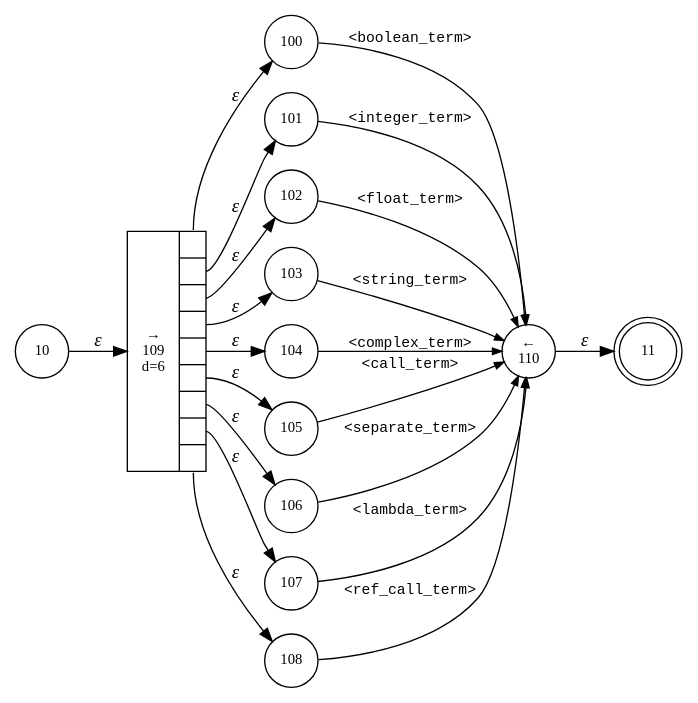
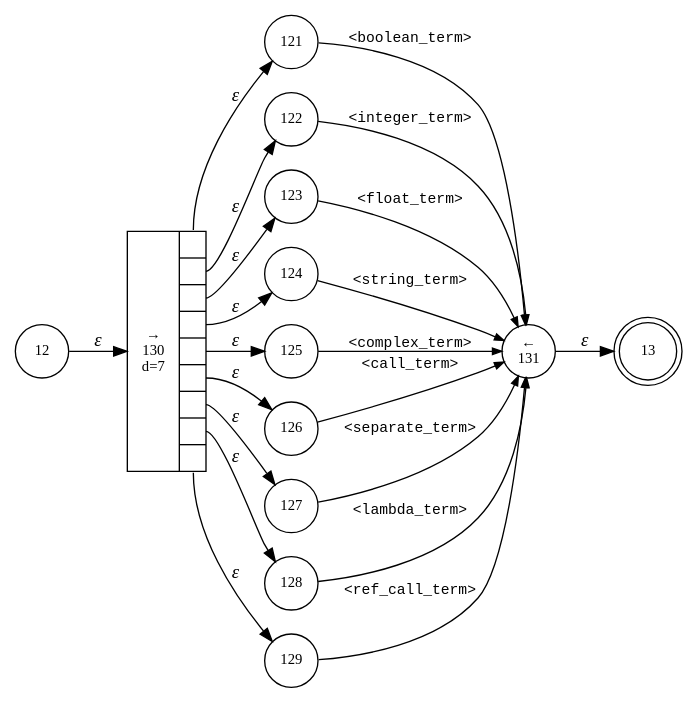
One commit to vulogov/Bund2 changed the diagram in internal/parser/Bund.data.dot. Above: the diagram before and after it, drawn with Graphviz. The commit also changed 74 other files, not shown here.

```diff
--- a/internal/parser/Bund.data.dot
+++ b/internal/parser/Bund.data.dot
@@ -1,36 +1,36 @@
 digraph ATN {
 rankdir=LR;
-s11[fontsize=11, label="11", shape=doublecircle, fixedsize=true, width=.6];
-s100[fontsize=11,label="100", shape=circle, fixedsize=true, width=.55, peripheries=1];
-s101[fontsize=11,label="101", shape=circle, fixedsize=true, width=.55, peripheries=1];
-s102[fontsize=11,label="102", shape=circle, fixedsize=true, width=.55, peripheries=1];
-s103[fontsize=11,label="103", shape=circle, fixedsize=true, width=.55, peripheries=1];
-s104[fontsize=11,label="104", shape=circle, fixedsize=true, width=.55, peripheries=1];
-s105[fontsize=11,label="105", shape=circle, fixedsize=true, width=.55, peripheries=1];
-s10[fontsize=11,label="10", shape=circle, fixedsize=true, width=.55, peripheries=1];
-s106[fontsize=11,label="106", shape=circle, fixedsize=true, width=.55, peripheries=1];
-s107[fontsize=11,label="107", shape=circle, fixedsize=true, width=.55, peripheries=1];
-s108[fontsize=11,label="108", shape=circle, fixedsize=true, width=.55, peripheries=1];
-s109[fontsize=11,label="{&rarr;\n109\nd=6|{<p0>|<p1>|<p2>|<p3>|<p4>|<p5>|<p6>|<p7>|<p8>}}", shape=record, fixedsize=false, peripheries=1];
-s110[fontsize=11,label="&larr;\n110", shape=circle, fixedsize=true, width=.55, peripheries=1];
-s10 -> s109 [fontname="Times-Italic", label="&epsilon;"];
-s109:p0 -> s100 [fontname="Times-Italic", label="&epsilon;"];
-s109:p1 -> s101 [fontname="Times-Italic", label="&epsilon;"];
-s109:p2 -> s102 [fontname="Times-Italic", label="&epsilon;"];
-s109:p3 -> s103 [fontname="Times-Italic", label="&epsilon;"];
-s109:p4 -> s104 [fontname="Times-Italic", label="&epsilon;"];
-s109:p5 -> s105 [fontname="Times-Italic", label="&epsilon;"];
-s109:p6 -> s106 [fontname="Times-Italic", label="&epsilon;"];
-s109:p7 -> s107 [fontname="Times-Italic", label="&epsilon;"];
-s109:p8 -> s108 [fontname="Times-Italic", label="&epsilon;"];
-s100 -> s110 [fontsize=11, fontname="Courier", arrowsize=.7, label = "<boolean_term>", arrowhead = normal];
-s101 -> s110 [fontsize=11, fontname="Courier", arrowsize=.7, label = "<integer_term>", arrowhead = normal];
-s102 -> s110 [fontsize=11, fontname="Courier", arrowsize=.7, label = "<float_term>", arrowhead = normal];
-s103 -> s110 [fontsize=11, fontname="Courier", arrowsize=.7, label = "<string_term>", arrowhead = normal];
-s104 -> s110 [fontsize=11, fontname="Courier", arrowsize=.7, label = "<complex_term>", arrowhead = normal];
-s105 -> s110 [fontsize=11, fontname="Courier", arrowsize=.7, label = "<call_term>", arrowhead = normal];
-s106 -> s110 [fontsize=11, fontname="Courier", arrowsize=.7, label = "<separate_term>", arrowhead = normal];
-s107 -> s110 [fontsize=11, fontname="Courier", arrowsize=.7, label = "<lambda_term>", arrowhead = normal];
-s108 -> s110 [fontsize=11, fontname="Courier", arrowsize=.7, label = "<ref_call_term>", arrowhead = normal];
-s110 -> s11 [fontname="Times-Italic", label="&epsilon;"];
+s13[fontsize=11, label="13", shape=doublecircle, fixedsize=true, width=.6];
+s128[fontsize=11,label="128", shape=circle, fixedsize=true, width=.55, peripheries=1];
+s129[fontsize=11,label="129", shape=circle, fixedsize=true, width=.55, peripheries=1];
+s130[fontsize=11,label="{&rarr;\n130\nd=7|{<p0>|<p1>|<p2>|<p3>|<p4>|<p5>|<p6>|<p7>|<p8>}}", shape=record, fixedsize=false, peripheries=1];
+s131[fontsize=11,label="&larr;\n131", shape=circle, fixedsize=true, width=.55, peripheries=1];
+s12[fontsize=11,label="12", shape=circle, fixedsize=true, width=.55, peripheries=1];
+s121[fontsize=11,label="121", shape=circle, fixedsize=true, width=.55, peripheries=1];
+s122[fontsize=11,label="122", shape=circle, fixedsize=true, width=.55, peripheries=1];
+s123[fontsize=11,label="123", shape=circle, fixedsize=true, width=.55, peripheries=1];
+s124[fontsize=11,label="124", shape=circle, fixedsize=true, width=.55, peripheries=1];
+s125[fontsize=11,label="125", shape=circle, fixedsize=true, width=.55, peripheries=1];
+s126[fontsize=11,label="126", shape=circle, fixedsize=true, width=.55, peripheries=1];
+s127[fontsize=11,label="127", shape=circle, fixedsize=true, width=.55, peripheries=1];
+s12 -> s130 [fontname="Times-Italic", label="&epsilon;"];
+s130:p0 -> s121 [fontname="Times-Italic", label="&epsilon;"];
+s130:p1 -> s122 [fontname="Times-Italic", label="&epsilon;"];
+s130:p2 -> s123 [fontname="Times-Italic", label="&epsilon;"];
+s130:p3 -> s124 [fontname="Times-Italic", label="&epsilon;"];
+s130:p4 -> s125 [fontname="Times-Italic", label="&epsilon;"];
+s130:p5 -> s126 [fontname="Times-Italic", label="&epsilon;"];
+s130:p6 -> s127 [fontname="Times-Italic", label="&epsilon;"];
+s130:p7 -> s128 [fontname="Times-Italic", label="&epsilon;"];
+s130:p8 -> s129 [fontname="Times-Italic", label="&epsilon;"];
+s121 -> s131 [fontsize=11, fontname="Courier", arrowsize=.7, label = "<boolean_term>", arrowhead = normal];
+s122 -> s131 [fontsize=11, fontname="Courier", arrowsize=.7, label = "<integer_term>", arrowhead = normal];
+s123 -> s131 [fontsize=11, fontname="Courier", arrowsize=.7, label = "<float_term>", arrowhead = normal];
+s124 -> s131 [fontsize=11, fontname="Courier", arrowsize=.7, label = "<string_term>", arrowhead = normal];
+s125 -> s131 [fontsize=11, fontname="Courier", arrowsize=.7, label = "<complex_term>", arrowhead = normal];
+s126 -> s131 [fontsize=11, fontname="Courier", arrowsize=.7, label = "<call_term>", arrowhead = normal];
+s127 -> s131 [fontsize=11, fontname="Courier", arrowsize=.7, label = "<separate_term>", arrowhead = normal];
+s128 -> s131 [fontsize=11, fontname="Courier", arrowsize=.7, label = "<lambda_term>", arrowhead = normal];
+s129 -> s131 [fontsize=11, fontname="Courier", arrowsize=.7, label = "<ref_call_term>", arrowhead = normal];
+s131 -> s13 [fontname="Times-Italic", label="&epsilon;"];
 }
```
